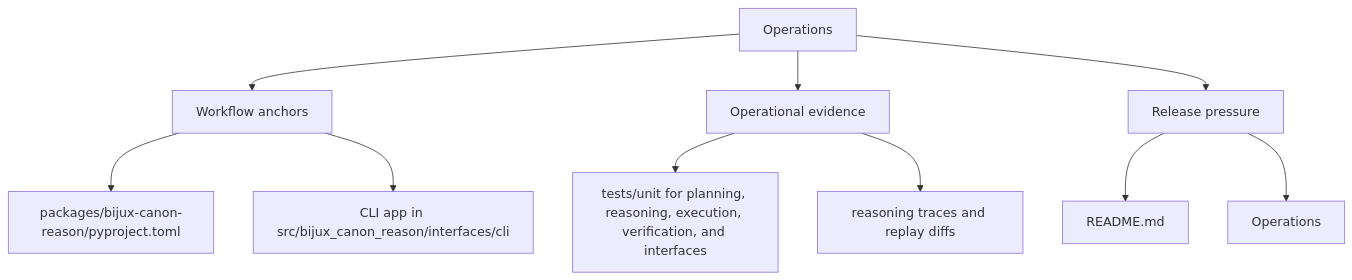
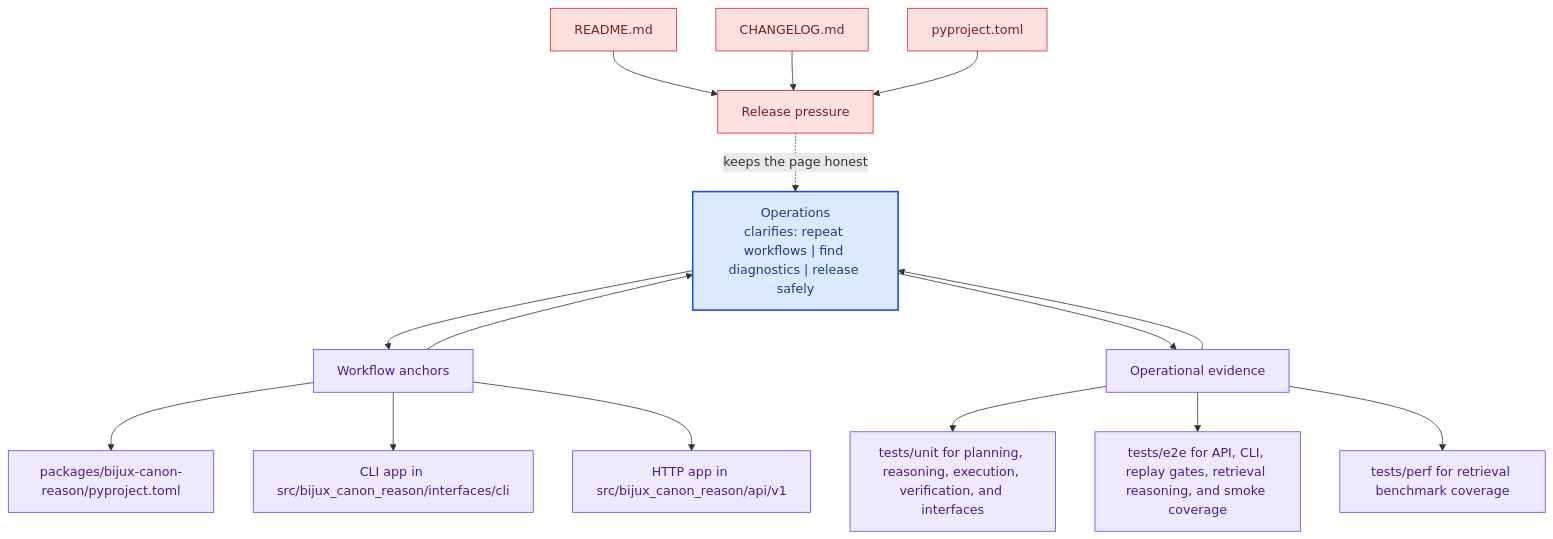
Before and after one commit to bijux/bijux-canon: the second of 2 diagrams in docs/bijux-canon-reason/operations/index.md, drawn with Mermaid. The commit also changed other lines of this file and 281 other files, not shown here.

Commit message:
docs(diagrams): deepen handbook mermaid maps across the catalog

````diff
--- a/docs/bijux-canon-reason/operations/index.md
+++ b/docs/bijux-canon-reason/operations/index.md
@@ -32,22 +65,41 @@
 ```mermaid
-flowchart TD
-    page["Operations"]
+flowchart TB
+    promise["Operations<br/>clarifies: repeat workflows | find diagnostics | release safely"]
+    classDef promise fill:#dbeafe,stroke:#1d4ed8,color:#1e3a8a,stroke-width:2px;
+    classDef driver fill:#dcfce7,stroke:#16a34a,color:#14532d;
+    classDef constraint fill:#fee2e2,stroke:#dc2626,color:#7f1d1d;
+    classDef ground fill:#ede9fe,stroke:#7c3aed,color:#4c1d95;
     focus1["Workflow anchors"]
-    page --> focus1
+    focus1 --> promise
+    promise --> focus1
     focus1_1["packages/bijux-canon-reason/pyproject.toml"]
     focus1 --> focus1_1
     focus1_2["CLI app in src/bijux_canon_reason/interfaces/cli"]
     focus1 --> focus1_2
+    focus1_3["HTTP app in src/bijux_canon_reason/api/v1"]
+    focus1 --> focus1_3
+    class focus1 ground;
+    class focus1_1,focus1_2,focus1_3 ground;
     focus2["Operational evidence"]
-    page --> focus2
+    focus2 --> promise
+    promise --> focus2
     focus2_1["tests/unit for planning, reasoning, execution, verification, and interfaces"]
     focus2 --> focus2_1
-    focus2_2["reasoning traces and replay diffs"]
+    focus2_2["tests/e2e for API, CLI, replay gates, retrieval reasoning, and smoke coverage"]
     focus2 --> focus2_2
+    focus2_3["tests/perf for retrieval benchmark coverage"]
+    focus2 --> focus2_3
+    class focus2 ground;
+    class focus2_1,focus2_2,focus2_3 ground;
     focus3["Release pressure"]
-    page --> focus3
+    focus3 -.keeps the page honest.-> promise
     focus3_1["README.md"]
-    focus3 --> focus3_1
-    focus3_2["Operations"]
-    focus3 --> focus3_2
+    focus3_1 --> focus3
+    focus3_2["CHANGELOG.md"]
+    focus3_2 --> focus3
+    focus3_3["pyproject.toml"]
+    focus3_3 --> focus3
+    class focus3 constraint;
+    class focus3_1,focus3_2,focus3_3 constraint;
+    class promise promise;
 ```
````
